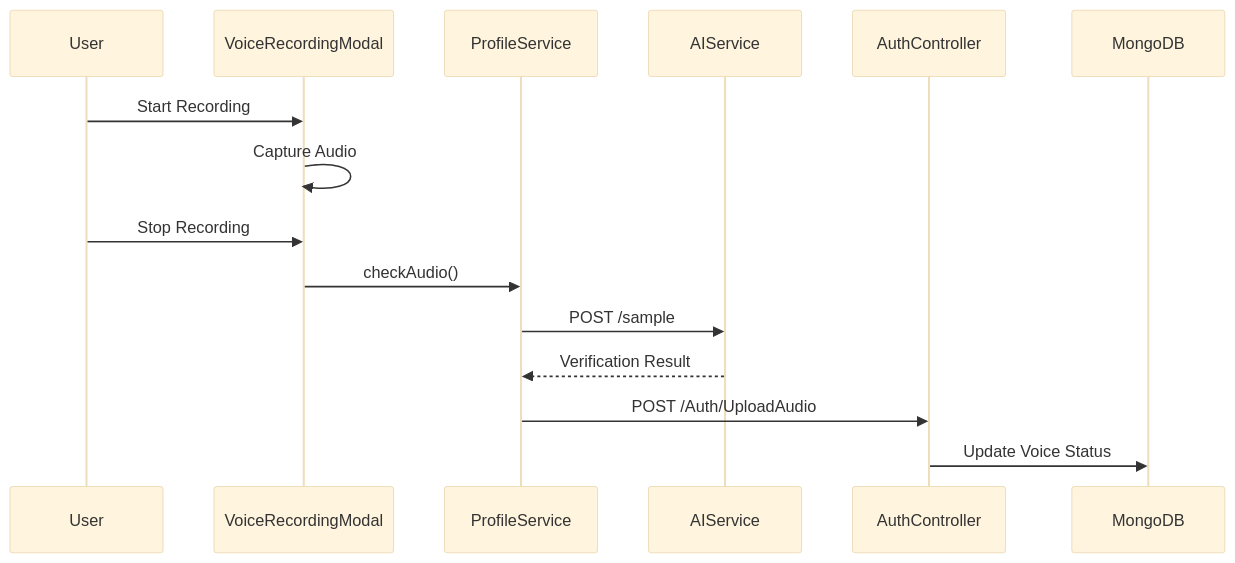
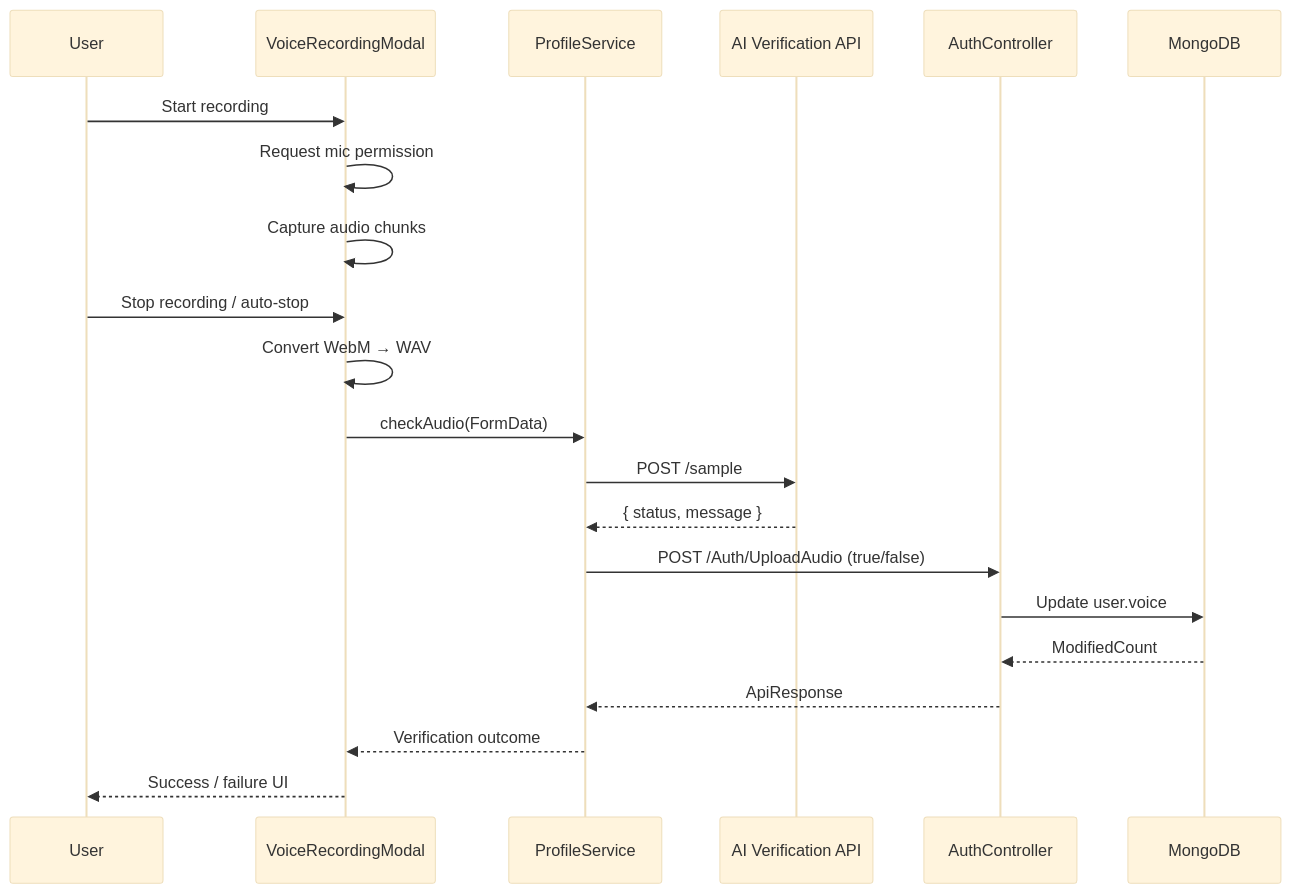
Before and after one commit to Harshita-capsitech/EmailDocs: the first of 2 diagrams in CallTranscription/voice_sample.md, drawn with Mermaid (base theme). The commit also changed other lines of this file, not shown here.

````diff
--- a/CallTranscription/voice_sample.md
+++ b/CallTranscription/voice_sample.md
@@ -21,18 +59,24 @@
 ```mermaid
 sequenceDiagram
-    participant User
-    participant VoiceRecordingModal
-    participant ProfileService
-    participant AIService
-    participant AuthController
-    participant MongoDB
+    participant U as User
+    participant V as VoiceRecordingModal
+    participant PS as ProfileService
+    participant AI as AI Verification API
+    participant AC as AuthController
+    participant DB as MongoDB
 
-    User->>VoiceRecordingModal: Start Recording
-    VoiceRecordingModal->>VoiceRecordingModal: Capture Audio
-    User->>VoiceRecordingModal: Stop Recording
-    VoiceRecordingModal->>ProfileService: checkAudio()
-    ProfileService->>AIService: POST /sample
-    AIService-->>ProfileService: Verification Result
-    ProfileService->>AuthController: POST /Auth/UploadAudio
-    AuthController->>MongoDB: Update Voice Status
+    U->>V: Start recording
+    V->>V: Request mic permission
+    V->>V: Capture audio chunks
+    U->>V: Stop recording / auto-stop
+    V->>V: Convert WebM → WAV
+    V->>PS: checkAudio(FormData)
+    PS->>AI: POST /sample
+    AI-->>PS: { status, message }
+    PS->>AC: POST /Auth/UploadAudio (true/false)
+    AC->>DB: Update user.voice
+    DB-->>AC: ModifiedCount
+    AC-->>PS: ApiResponse
+    PS-->>V: Verification outcome
+    V-->>U: Success / failure UI
 ```
````
